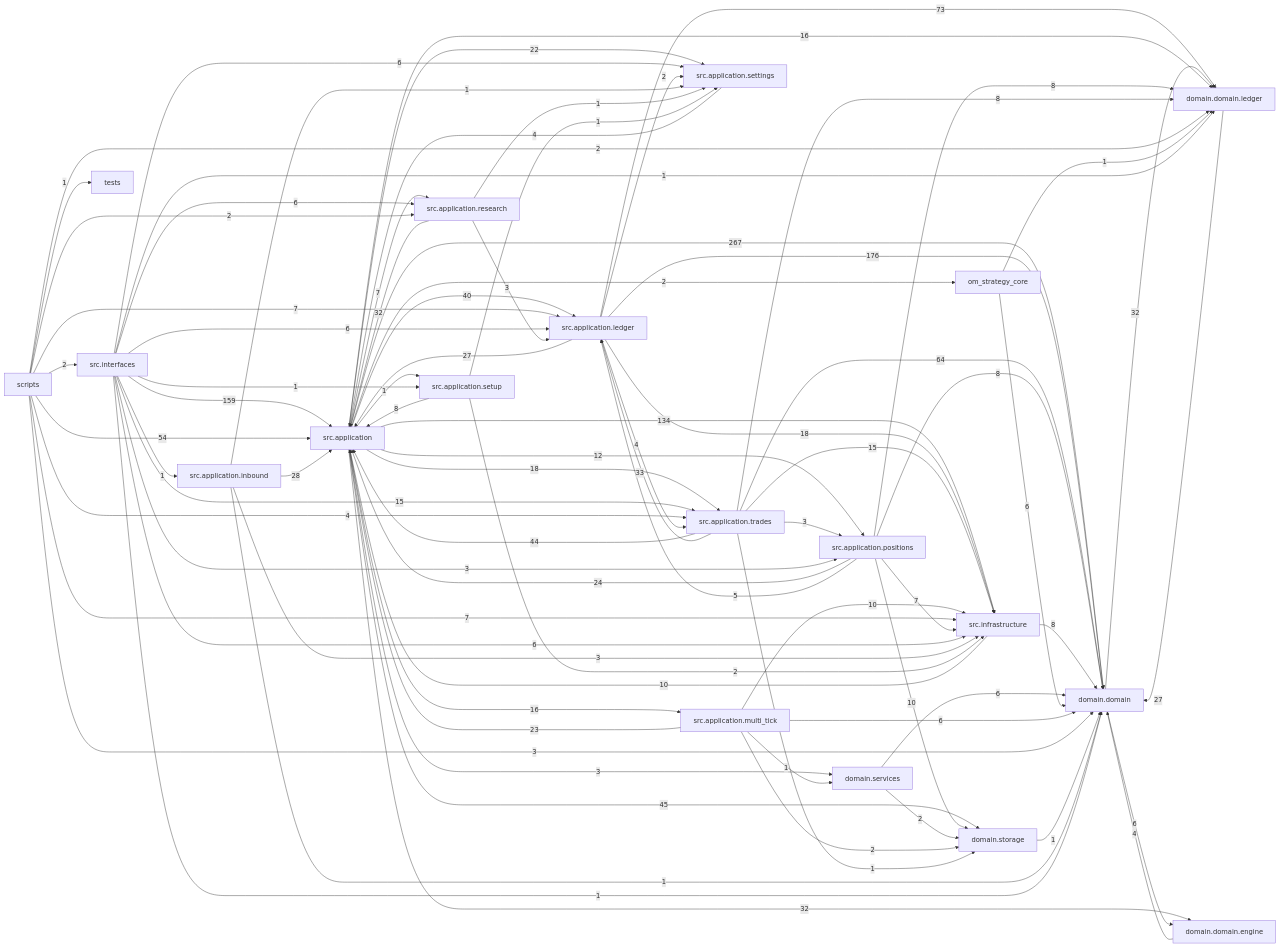
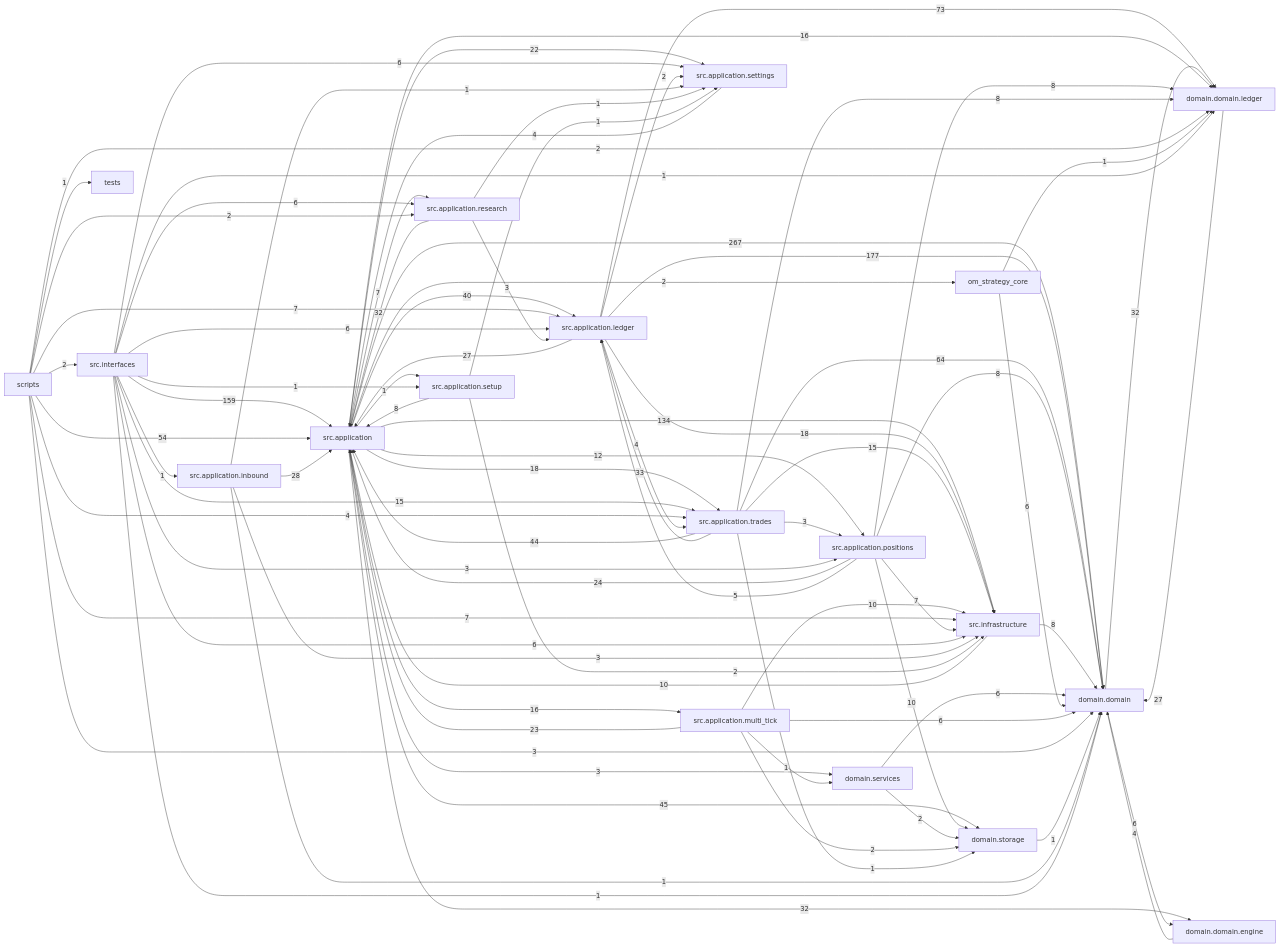
One commit to liuxie066/options-monitor changed the diagram in docs/dependency_graph.mmd. Above: the diagram before and after it, drawn with Mermaid. The commit also changed 4 other files, not shown here.

```diff
--- a/docs/dependency_graph.mmd
+++ b/docs/dependency_graph.mmd
@@ -1,81 +1,81 @@
 flowchart LR
   src_application["src.application"] -->|267| domain_domain["domain.domain"]
-  src_application_ledger["src.application.ledger"] -->|176| domain_domain["domain.domain"]
+  src_application_ledger["src.application.ledger"] -->|177| domain_domain["domain.domain"]
   src_interfaces["src.interfaces"] -->|159| src_application["src.application"]
   src_application["src.application"] -->|134| src_infrastructure["src.infrastructure"]
   src_application_ledger["src.application.ledger"] -->|73| domain_domain_ledger["domain.domain.ledger"]
   src_application_trades["src.application.trades"] -->|64| domain_domain["domain.domain"]
   scripts["scripts"] -->|54| src_application["src.application"]
   src_application["src.application"] -->|45| domain_storage["domain.storage"]
   src_application_trades["src.application.trades"] -->|44| src_application["src.application"]
   src_application["src.application"] -->|40| src_application_ledger["src.application.ledger"]
   src_application_trades["src.application.trades"] -->|33| src_application_ledger["src.application.ledger"]
   domain_domain["domain.domain"] -->|32| domain_domain_ledger["domain.domain.ledger"]
   src_application["src.application"] -->|32| domain_domain_engine["domain.domain.engine"]
   src_application_research["src.application.research"] -->|32| src_application["src.application"]
   src_application_inbound["src.application.inbound"] -->|28| src_application["src.application"]
   domain_domain_ledger["domain.domain.ledger"] -->|27| domain_domain["domain.domain"]
   src_application_ledger["src.application.ledger"] -->|27| src_application["src.application"]
   src_application_positions["src.application.positions"] -->|24| src_application["src.application"]
   src_application_multi_tick["src.application.multi_tick"] -->|23| src_application["src.application"]
   src_application["src.application"] -->|22| src_application_settings["src.application.settings"]
   src_application["src.application"] -->|18| src_application_trades["src.application.trades"]
   src_application_ledger["src.application.ledger"] -->|18| src_infrastructure["src.infrastructure"]
   src_application["src.application"] -->|16| domain_domain_ledger["domain.domain.ledger"]
   src_application["src.application"] -->|16| src_application_multi_tick["src.application.multi_tick"]
   src_application_trades["src.application.trades"] -->|15| src_infrastructure["src.infrastructure"]
   src_interfaces["src.interfaces"] -->|15| src_application_trades["src.application.trades"]
   src_application["src.application"] -->|12| src_application_positions["src.application.positions"]
   src_application_multi_tick["src.application.multi_tick"] -->|10| src_infrastructure["src.infrastructure"]
   src_application_positions["src.application.positions"] -->|10| domain_storage["domain.storage"]
   src_infrastructure["src.infrastructure"] -->|10| src_application["src.application"]
   src_application_positions["src.application.positions"] -->|8| domain_domain["domain.domain"]
   src_application_positions["src.application.positions"] -->|8| domain_domain_ledger["domain.domain.ledger"]
   src_application_setup["src.application.setup"] -->|8| src_application["src.application"]
   src_application_trades["src.application.trades"] -->|8| domain_domain_ledger["domain.domain.ledger"]
   src_infrastructure["src.infrastructure"] -->|8| domain_domain["domain.domain"]
   scripts["scripts"] -->|7| src_application_ledger["src.application.ledger"]
   scripts["scripts"] -->|7| src_infrastructure["src.infrastructure"]
   src_application["src.application"] -->|7| src_application_research["src.application.research"]
   src_application_positions["src.application.positions"] -->|7| src_infrastructure["src.infrastructure"]
   domain_domain["domain.domain"] -->|6| domain_domain_engine["domain.domain.engine"]
   domain_services["domain.services"] -->|6| domain_domain["domain.domain"]
   om_strategy_core["om_strategy_core"] -->|6| domain_domain["domain.domain"]
   src_application_multi_tick["src.application.multi_tick"] -->|6| domain_domain["domain.domain"]
   src_interfaces["src.interfaces"] -->|6| src_application_ledger["src.application.ledger"]
   src_interfaces["src.interfaces"] -->|6| src_application_research["src.application.research"]
   src_interfaces["src.interfaces"] -->|6| src_application_settings["src.application.settings"]
   src_interfaces["src.interfaces"] -->|6| src_infrastructure["src.infrastructure"]
   src_application_positions["src.application.positions"] -->|5| src_application_ledger["src.application.ledger"]
   domain_domain_engine["domain.domain.engine"] -->|4| domain_domain["domain.domain"]
   scripts["scripts"] -->|4| src_application_trades["src.application.trades"]
   src_application_ledger["src.application.ledger"] -->|4| src_application_trades["src.application.trades"]
   src_application_settings["src.application.settings"] -->|4| src_application["src.application"]
   scripts["scripts"] -->|3| domain_domain["domain.domain"]
   src_application["src.application"] -->|3| domain_services["domain.services"]
   src_application_inbound["src.application.inbound"] -->|3| src_infrastructure["src.infrastructure"]
   src_application_research["src.application.research"] -->|3| src_application_ledger["src.application.ledger"]
   src_application_trades["src.application.trades"] -->|3| src_application_positions["src.application.positions"]
   src_interfaces["src.interfaces"] -->|3| src_application_positions["src.application.positions"]
   domain_services["domain.services"] -->|2| domain_storage["domain.storage"]
   scripts["scripts"] -->|2| domain_domain_ledger["domain.domain.ledger"]
   scripts["scripts"] -->|2| src_application_research["src.application.research"]
   scripts["scripts"] -->|2| src_interfaces["src.interfaces"]
   src_application["src.application"] -->|2| om_strategy_core["om_strategy_core"]
   src_application_ledger["src.application.ledger"] -->|2| src_application_settings["src.application.settings"]
   src_application_multi_tick["src.application.multi_tick"] -->|2| domain_storage["domain.storage"]
   src_application_setup["src.application.setup"] -->|2| src_infrastructure["src.infrastructure"]
   domain_storage["domain.storage"] -->|1| domain_domain["domain.domain"]
   om_strategy_core["om_strategy_core"] -->|1| domain_domain_ledger["domain.domain.ledger"]
   scripts["scripts"] -->|1| tests["tests"]
   src_application["src.application"] -->|1| src_application_setup["src.application.setup"]
   src_application_inbound["src.application.inbound"] -->|1| domain_domain["domain.domain"]
   src_application_inbound["src.application.inbound"] -->|1| src_application_settings["src.application.settings"]
   src_application_multi_tick["src.application.multi_tick"] -->|1| domain_services["domain.services"]
   src_application_research["src.application.research"] -->|1| src_application_settings["src.application.settings"]
   src_application_setup["src.application.setup"] -->|1| src_application_settings["src.application.settings"]
   src_application_trades["src.application.trades"] -->|1| domain_storage["domain.storage"]
   src_interfaces["src.interfaces"] -->|1| domain_domain["domain.domain"]
   src_interfaces["src.interfaces"] -->|1| domain_domain_ledger["domain.domain.ledger"]
   src_interfaces["src.interfaces"] -->|1| src_application_inbound["src.application.inbound"]
   src_interfaces["src.interfaces"] -->|1| src_application_setup["src.application.setup"]
```
